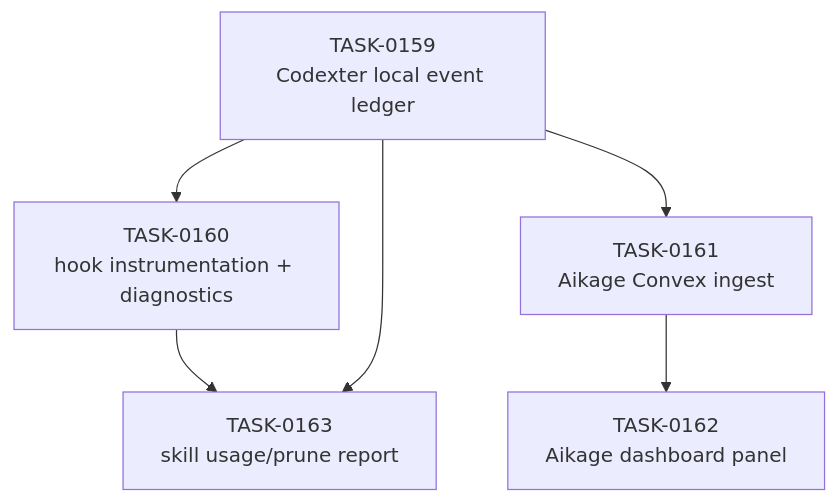
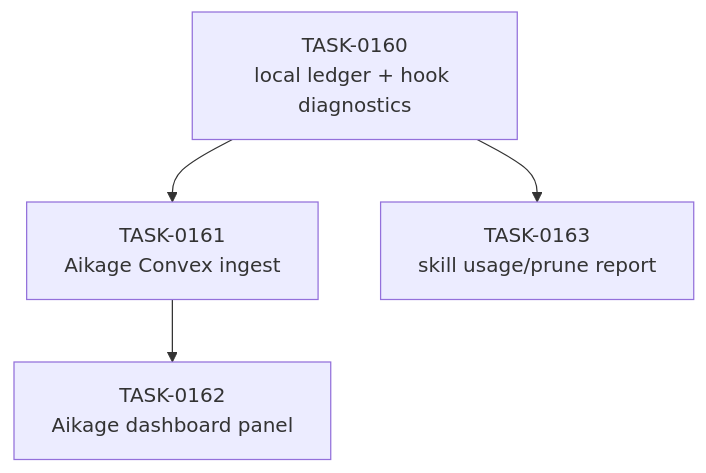
One commit to ZanarkandTechnologies/Farplane changed the second of 2 diagrams in docs/specs/codexter-aikage-telemetry-sync.md. Above: the diagram before and after it, drawn with Mermaid. The commit also changed other lines of this file and 5 other files, not shown here.

````diff
--- a/docs/specs/codexter-aikage-telemetry-sync.md
+++ b/docs/specs/codexter-aikage-telemetry-sync.md
@@ -268,8 +444,6 @@
 ```mermaid
 flowchart TD
-  T159["TASK-0159<br/>Codexter local event ledger"] --> T160["TASK-0160<br/>hook instrumentation + diagnostics"]
-  T159 --> T161["TASK-0161<br/>Aikage Convex ingest"]
+  T160["TASK-0160<br/>local ledger + hook diagnostics"] --> T161["TASK-0161<br/>Aikage Convex ingest"]
   T161 --> T162["TASK-0162<br/>Aikage dashboard panel"]
   T160 --> T163["TASK-0163<br/>skill usage/prune report"]
-  T159 --> T163
 ```
````
